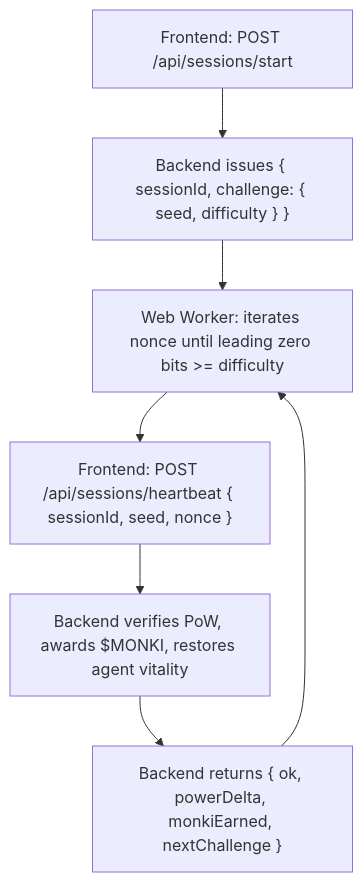
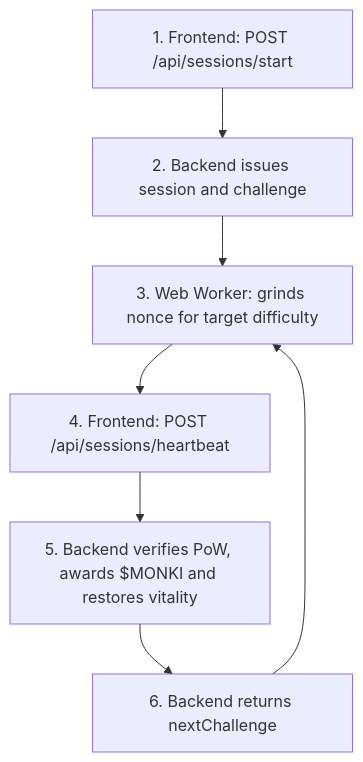
Before and after one commit to MonkiiLabs/MonkiiLabsApp: the second of 2 diagrams in technical-docs/API_AND_FRONTEND_INTEGRATION_GUIDE.md, drawn with Mermaid. The commit also changed other lines of this file and 2 other files, not shown here.

Commit message:
fix mermaid diagrams in integration guide, add api integration tests, and optimize EVM token disburser

````diff
--- a/technical-docs/API_AND_FRONTEND_INTEGRATION_GUIDE.md
+++ b/technical-docs/API_AND_FRONTEND_INTEGRATION_GUIDE.md
@@ -93,9 +94,9 @@
 ```mermaid
 flowchart TD
-    A["Frontend: POST /api/sessions/start"] --> B["Backend issues { sessionId, challenge: { seed, difficulty } }"]
-    B --> C["Web Worker: iterates nonce until leading zero bits >= difficulty"]
-    C --> D["Frontend: POST /api/sessions/heartbeat { sessionId, seed, nonce }"]
-    D --> E["Backend verifies PoW, awards $MONKI, restores agent vitality"]
-    E --> F["Backend returns { ok, powerDelta, monkiEarned, nextChallenge }"]
+    A["1. Frontend: POST /api/sessions/start"] --> B["2. Backend issues session and challenge"]
+    B --> C["3. Web Worker: grinds nonce for target difficulty"]
+    C --> D["4. Frontend: POST /api/sessions/heartbeat"]
+    D --> E["5. Backend verifies PoW, awards $MONKI and restores vitality"]
+    E --> F["6. Backend returns nextChallenge"]
     F --> C
 ```
````
